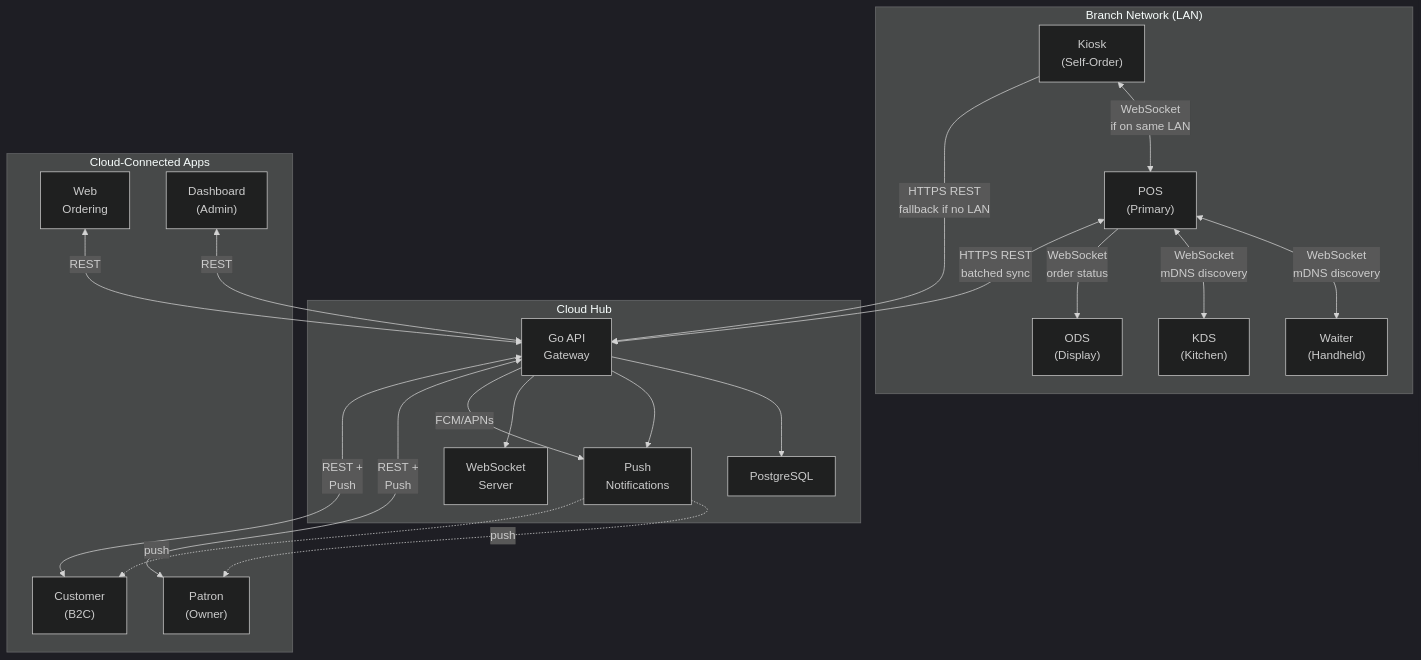
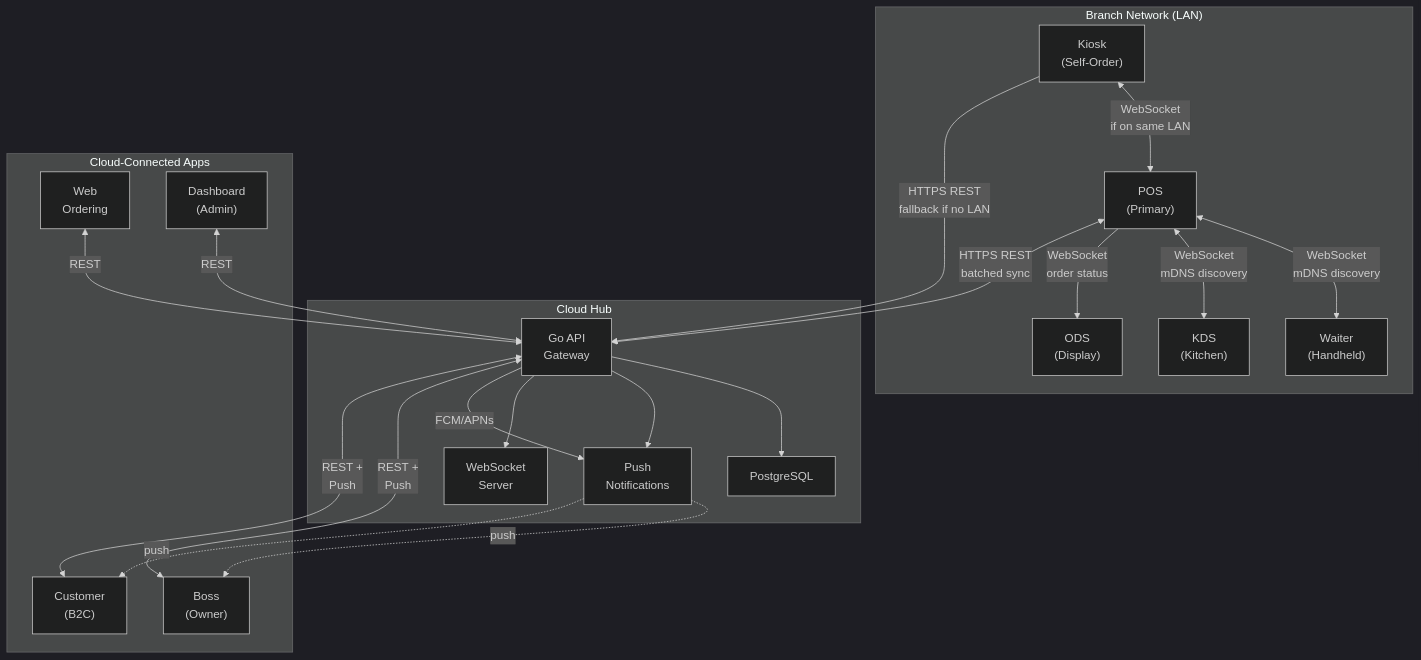
The fifth of 7 diagrams in docs/22-multi-app-architecture.md (2techdev/restaurant), drawn with Mermaid (dark theme) before and after one commit. The commit also changed other lines of this file and 5 other files, not shown here.

First line of the commit message:
rename: patron → boss (post-pilot owner mobile app)

````diff
--- a/docs/22-multi-app-architecture.md
+++ b/docs/22-multi-app-architecture.md
@@ -965,45 +965,45 @@
 ```mermaid
 graph TB
     subgraph "Branch Network (LAN)"
         POS["POS<br/>(Primary)"]
         WAITER["Waiter<br/>(Handheld)"]
         KDS["KDS<br/>(Kitchen)"]
         ODS["ODS<br/>(Display)"]
         KIOSK["Kiosk<br/>(Self-Order)"]
 
         POS <-->|"WebSocket<br/>mDNS discovery"| WAITER
         POS <-->|"WebSocket<br/>mDNS discovery"| KDS
         POS -->|"WebSocket<br/>order status"| ODS
         KIOSK <-->|"WebSocket<br/>if on same LAN"| POS
     end
 
     subgraph "Cloud Hub"
         API["Go API<br/>Gateway"]
         DB["PostgreSQL"]
         PUSH["Push<br/>Notifications"]
         WS["WebSocket<br/>Server"]
 
         API --> DB
         API --> PUSH
         API --> WS
     end
 
     subgraph "Cloud-Connected Apps"
-        PATRON["Patron<br/>(Owner)"]
+        BOSS["Boss<br/>(Owner)"]
         CUSTOMER["Customer<br/>(B2C)"]
         WEB_ORDER["Web<br/>Ordering"]
         DASHBOARD["Dashboard<br/>(Admin)"]
     end
 
     POS <-->|"HTTPS REST<br/>batched sync"| API
     KIOSK -->|"HTTPS REST<br/>fallback if no LAN"| API
 
-    PATRON <-->|"REST +<br/>Push"| API
+    BOSS <-->|"REST +<br/>Push"| API
     CUSTOMER <-->|"REST +<br/>Push"| API
     WEB_ORDER <-->|REST| API
     DASHBOARD <-->|REST| API
 
     API -->|"FCM/APNs"| PUSH
-    PUSH -.->|push| PATRON
+    PUSH -.->|push| BOSS
     PUSH -.->|push| CUSTOMER
 ```
````
